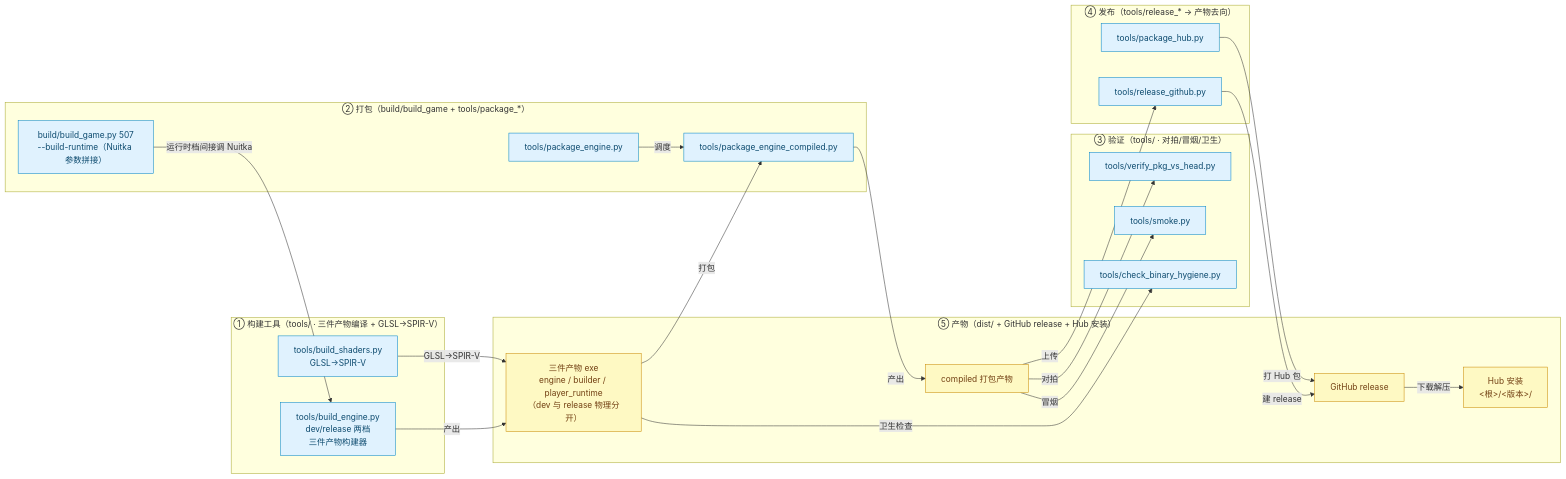
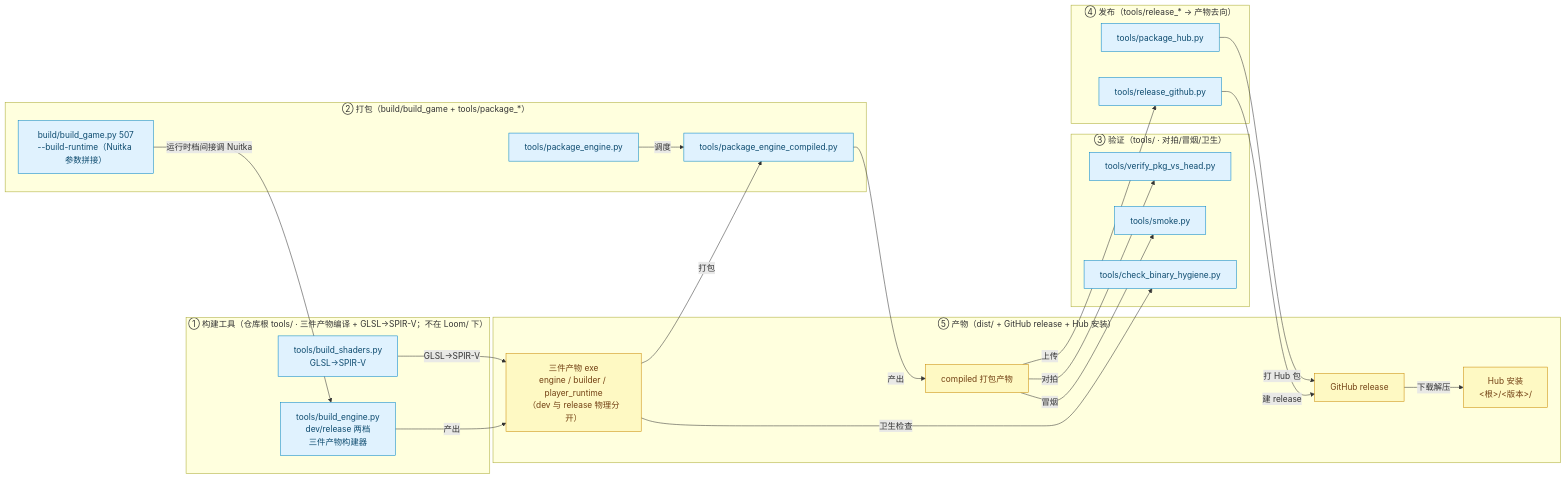
One commit to lhy302/WeaveEngine changed diagram 12 of 23 in ARCHITECTURE.md. Above: the diagram before and after it, drawn with Mermaid. The commit also changed other lines of this file, not shown here.

Commit message:
docs: ARCHITECTURE.md 台账同步到 HEAD 9441f6c（只读审核 17 处漂移全部更正 + 聚合收口 242→245 个 .py/67898 行 + 图19 收录 43 门 + 如实登记 mouse_lock ④ 间歇假红）

````diff
--- a/ARCHITECTURE.md
+++ b/ARCHITECTURE.md
@@ -721,42 +729,42 @@
 ```mermaid
 flowchart LR
-  subgraph BUILD["① 构建工具（tools/ · 三件产物编译 + GLSL→SPIR-V）"]
+  subgraph BUILD["① 构建工具（仓库根 tools/ · 三件产物编译 + GLSL→SPIR-V；不在 Loom/ 下）"]
     B1["tools/build_engine.py<br/>dev/release 两档<br/>三件产物构建器"]:::tool
     B2["tools/build_shaders.py<br/>GLSL→SPIR-V"]:::tool
   end
   subgraph PACK["② 打包（build/build_game + tools/package_*）"]
     BG["build/build_game.py 507<br/>--build-runtime（Nuitka 参数拼接）"]:::tool
     P1["tools/package_engine_compiled.py"]:::tool
     P2["tools/package_engine.py"]:::tool
   end
   subgraph VERIFY["③ 验证（tools/ · 对拍/冒烟/卫生）"]
     V1["tools/verify_pkg_vs_head.py"]:::tool
     V2["tools/smoke.py"]:::tool
     V3["tools/check_binary_hygiene.py"]:::tool
   end
   subgraph REL["④ 发布（tools/release_* → 产物去向）"]
     R1["tools/release_github.py"]:::tool
     R2["tools/package_hub.py"]:::tool
   end
   subgraph OUT["⑤ 产物（dist/ + GitHub release + Hub 安装）"]
     O1["三件产物 exe<br/>engine / builder / player_runtime<br/>（dev 与 release 物理分开）"]:::external
     O2["compiled 打包产物"]:::external
     O3["GitHub release"]:::external
     O4["Hub 安装<br/><根>/<版本>/"]:::external
   end
   B1 -->|产出| O1
   BG -->|运行时档间接调 Nuitka| B1
   B2 -->|GLSL→SPIR-V| O1
   O1 -->|打包| P1
   P2 -->|调度| P1
   P1 -->|产出| O2
   O2 -->|对拍| V1
   O2 -->|冒烟| V2
   O1 -->|卫生检查| V3
   O2 -->|上传| R1
   R1 -->|建 release| O3
   O3 -->|下载解压| O4
   R2 -->|打 Hub 包| O3
   classDef tool fill:#e0f2fe,stroke:#0284c7,color:#0c4a6e
   classDef external fill:#fef9c3,stroke:#ca8a04,color:#713f12
 ```
````
